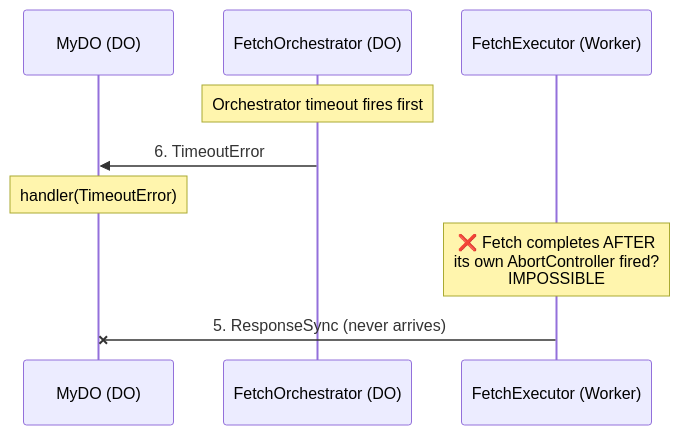
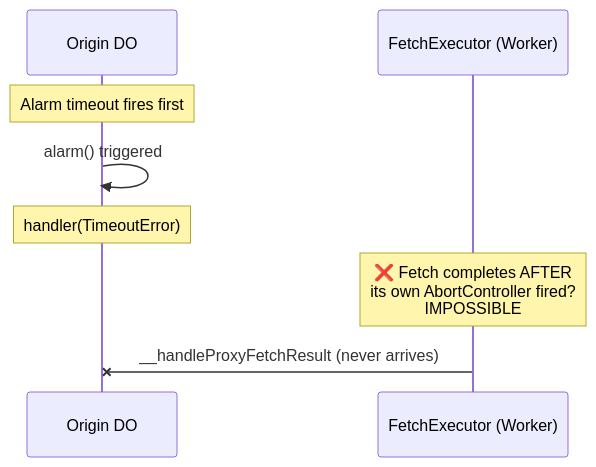
One commit to lumenize/lumenize changed diagram 13 of 14 in website/docs/proxy-fetch/architecture-and-failure-modes.mdx. Above: the diagram before and after it, drawn with Mermaid. The commit also changed other lines of this file and 46 other files, not shown here.

Commit message:
Still doing cleanup and code review on proxy-fetch but almost there

````diff
--- a/website/docs/proxy-fetch/architecture-and-failure-modes.mdx
+++ b/website/docs/proxy-fetch/architecture-and-failure-modes.mdx
@@ -463,13 +582,12 @@
 ```mermaid @skip-check
 sequenceDiagram
-    participant MyDO as MyDO (DO)
-    participant Orch as FetchOrchestrator (DO)
+    participant Origin as Origin DO
     participant Exec as FetchExecutor (Worker)
 
-    Note over Orch: Orchestrator timeout fires first
-    Orch->>MyDO: 6. TimeoutError
-    Note over MyDO: handler(TimeoutError)
+    Note over Origin: Alarm timeout fires first
+    Origin->>Origin: alarm() triggered
+    Note over Origin: handler(TimeoutError)
     
     Note over Exec: ❌ Fetch completes AFTER<br/>its own AbortController fired?<br/>IMPOSSIBLE
-    Exec-xMyDO: 5. ResponseSync (never arrives)
+    Exec-xOrigin: __handleProxyFetchResult (never arrives)
 ```
````
